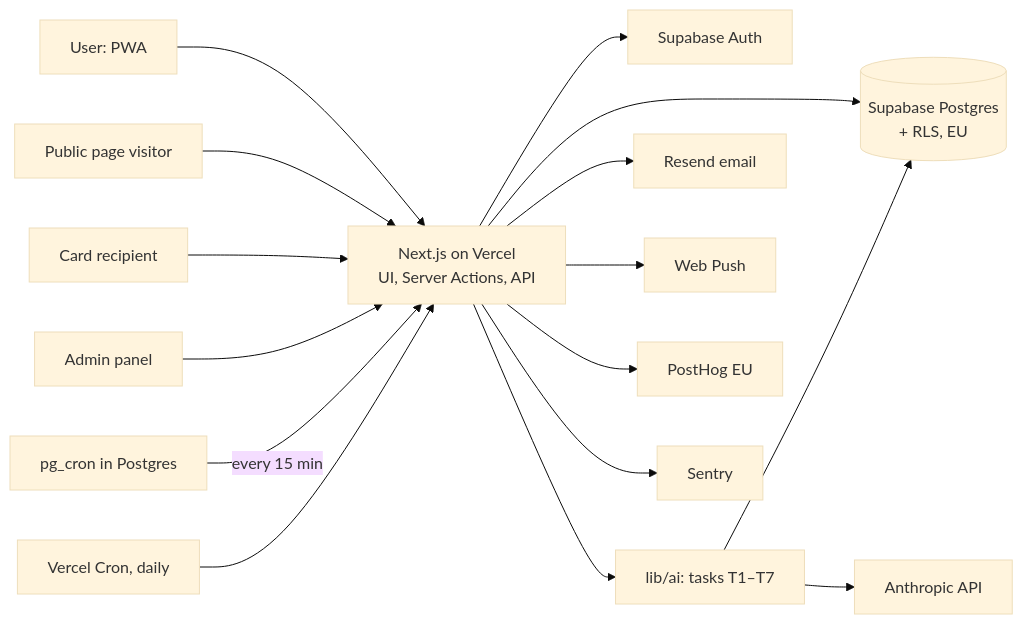
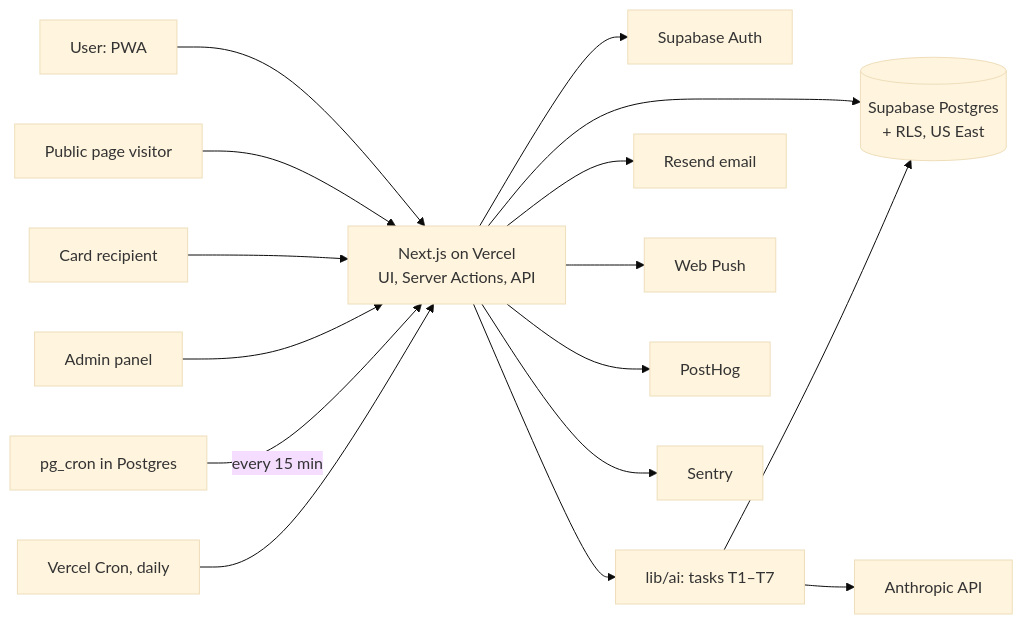
Before and after one commit to boris-belyavskiy/jar-of-light: the first of 2 diagrams in docs/TECH_SPEC.md, drawn with Mermaid (base theme). The commit also changed other lines of this file and 4 other files, not shown here.

````diff
--- a/docs/TECH_SPEC.md
+++ b/docs/TECH_SPEC.md
@@ -60,18 +60,18 @@
 ```mermaid
 flowchart LR
   U[User: PWA] --> N[Next.js on Vercel<br/>UI, Server Actions, API]
   V[Public page visitor] --> N
   R[Card recipient] --> N
   A[Admin panel] --> N
-  N --> DB[(Supabase Postgres<br/>+ RLS, EU)]
+  N --> DB[(Supabase Postgres<br/>+ RLS, US East)]
   N --> AU[Supabase Auth]
   N --> AI[lib/ai: tasks T1–T7]
   AI --> LLM[Anthropic API]
   AI --> DB
   PC[pg_cron in Postgres] -->|every 15 min| N
   VC[Vercel Cron, daily] --> N
   N --> EM[Resend email]
   N --> WP[Web Push]
-  N --> PH[PostHog EU]
+  N --> PH[PostHog]
   N --> SE[Sentry]
 ```
````
